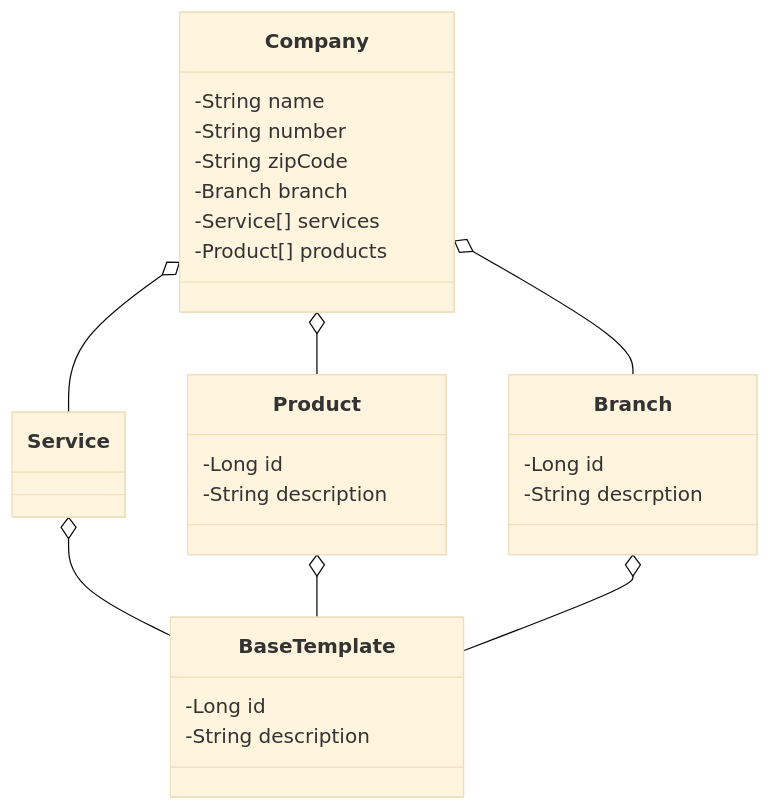
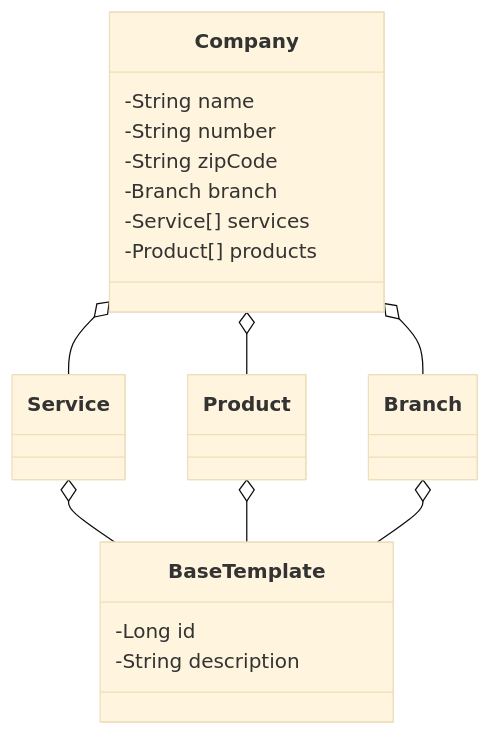
Before and after one commit to pablof9610/dio-santander-supplier-api: the diagram in README.md, drawn with Mermaid (base theme).

Commit message:
update BaseTemplate (3)

````diff
--- a/README.md
+++ b/README.md
@@ -5,36 +5,32 @@
 ```mermaid
 classDiagram
     class Company {
         -String name
         -String number
         -String zipCode
         -Branch branch
         -Service[] services
         -Product[] products
     }
 
     class BaseTemplate {
         -Long id
         -String description
     }
 
     class Service {
     }
 
     class Product {
-        -Long id
-        -String description
     }
 
     class Branch {
-        -Long id
-        -String descrption
     }
 
     Service o-- BaseTemplate
     Product o-- BaseTemplate
     Branch o-- BaseTemplate
     Company o-- Service
     Company o-- Product
     Company o-- Branch
 ```
````
